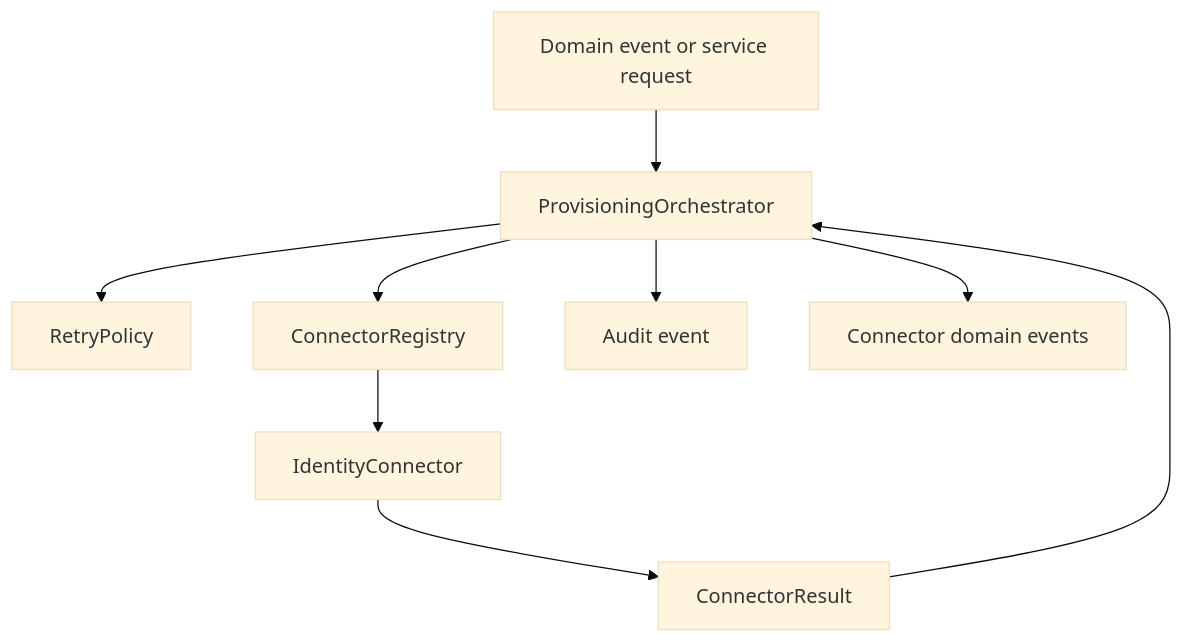
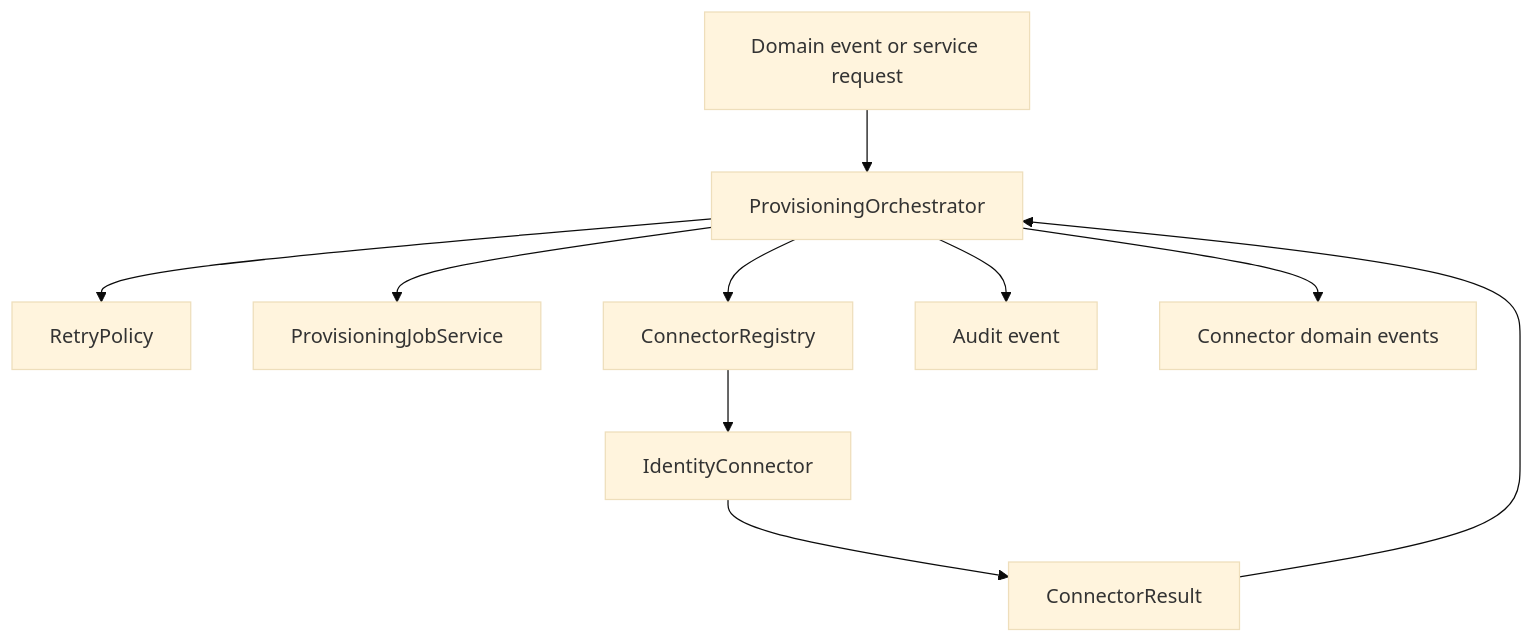
The fourth of 9 diagrams in docs/architecture.md (happelj/accessiq), drawn with Mermaid (base theme) before and after one commit. The commit also changed other lines of this file and 14 other files, not shown here.

Commit message:
Add provisioning job engine

````diff
--- a/docs/architecture.md
+++ b/docs/architecture.md
@@ -114,20 +119,22 @@
 ```mermaid
 flowchart TD
     Request["Domain event or service request"]
     Orchestrator["ProvisioningOrchestrator"]
     Retry["RetryPolicy"]
+    Jobs["ProvisioningJobService"]
     Registry["ConnectorRegistry"]
     Connector["IdentityConnector"]
     Result["ConnectorResult"]
     Audit["Audit event"]
     Events["Connector domain events"]
 
     Request --> Orchestrator
     Orchestrator --> Retry
+    Orchestrator --> Jobs
     Orchestrator --> Registry
     Registry --> Connector
     Connector --> Result
     Result --> Orchestrator
     Orchestrator --> Audit
     Orchestrator --> Events
 ```
````
